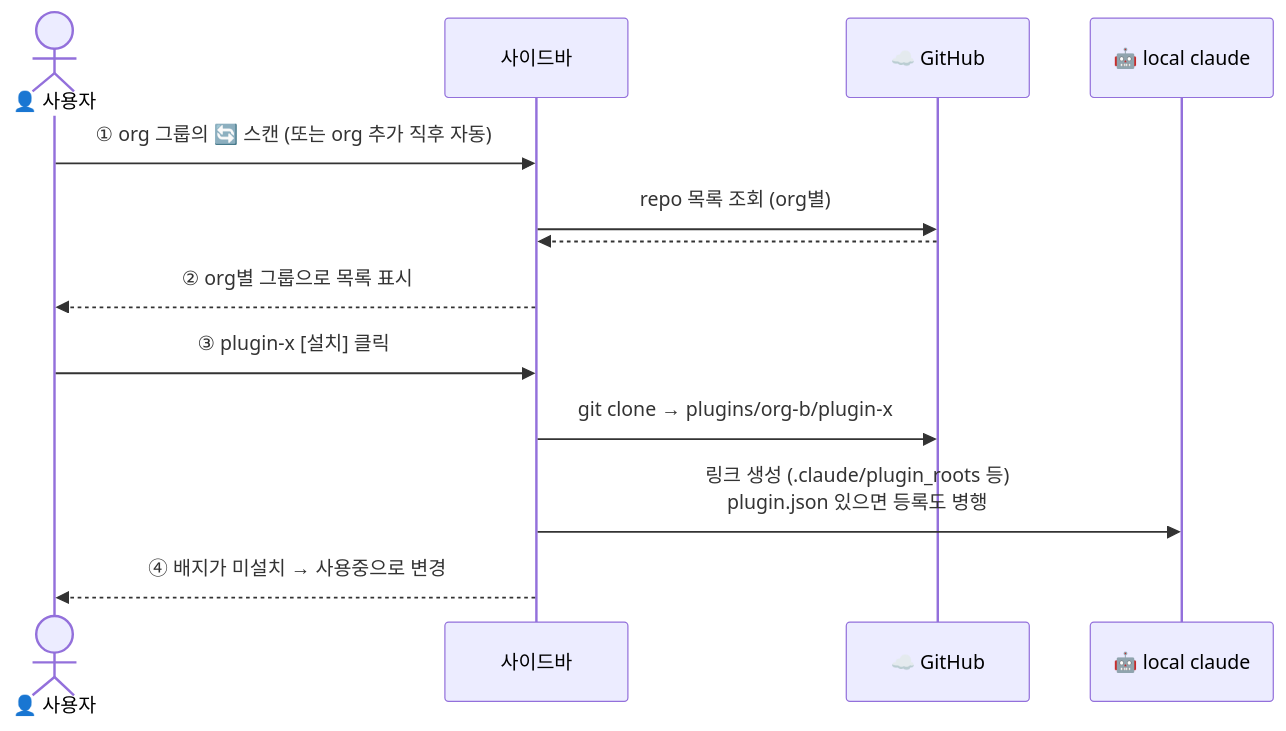
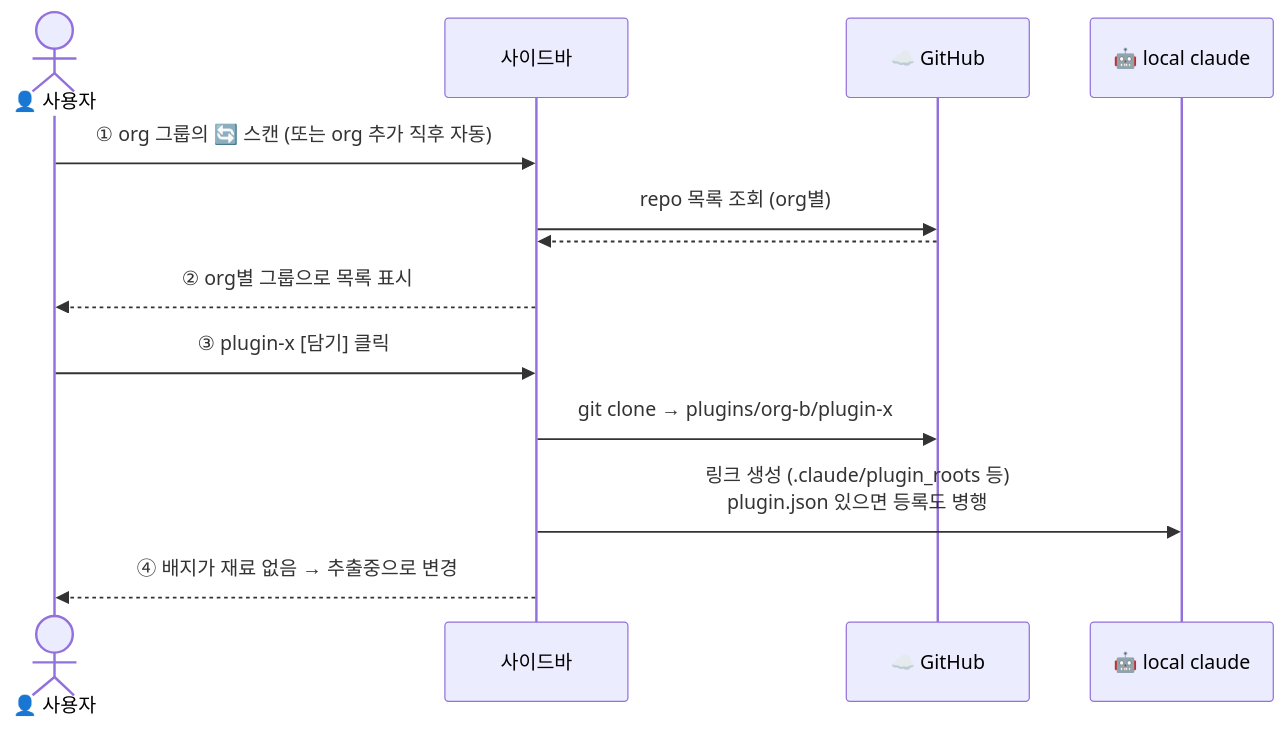
Before and after one commit to ageokim/plugin_market: the fifth of 11 diagrams in docs/Scenario.md, drawn with Mermaid. The commit also changed other lines of this file and 328 other files, not shown here.

````diff
--- a/docs/Scenario.md
+++ b/docs/Scenario.md
@@ -142,16 +142,16 @@
 ```mermaid
 sequenceDiagram
     actor U as 👤 사용자
     participant SB as 사이드바
     participant GH as ☁️ GitHub
     participant CL as 🤖 local claude
 
     U->>SB: ① org 그룹의 🔄 스캔 (또는 org 추가 직후 자동)
     SB->>GH: repo 목록 조회 (org별)
     GH-->>SB: #plugin #release 붙은 repo들
     SB-->>U: ② org별 그룹으로 목록 표시
-    U->>SB: ③ plugin-x [설치] 클릭
+    U->>SB: ③ plugin-x [담기] 클릭
     SB->>GH: git clone → plugins/org-b/plugin-x
     SB->>CL: 링크 생성 (.claude/plugin_roots 등)<br>plugin.json 있으면 등록도 병행
-    SB-->>U: ④ 배지가 미설치 → 사용중으로 변경
+    SB-->>U: ④ 배지가 재료 없음 → 추출중으로 변경
 ```
````
